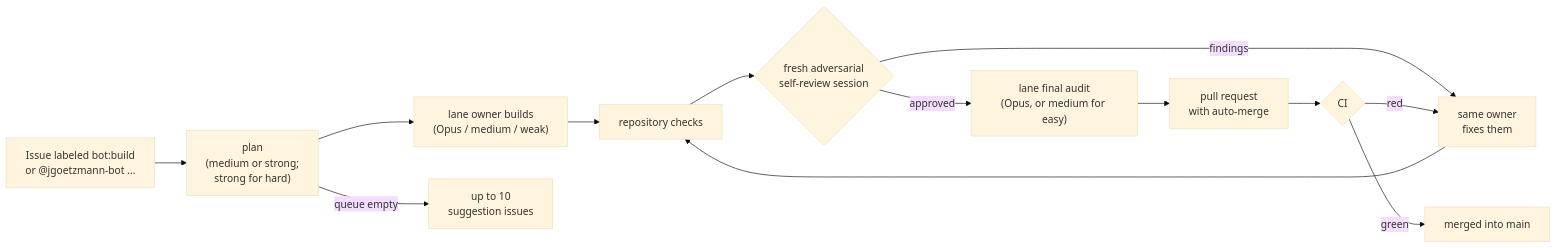
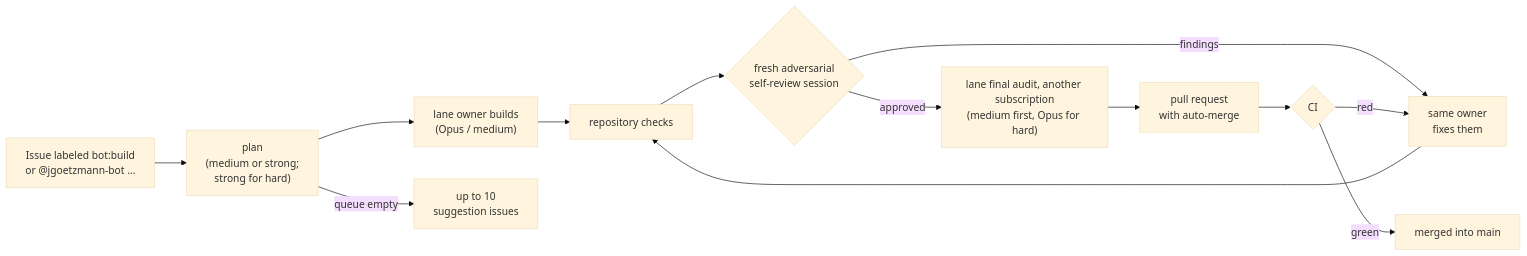
Before and after one commit to Jlore-Studios/JackiOh: the second of 2 diagrams in README.md, drawn with Mermaid (base theme). The commit also changed other lines of this file and 83 other files, not shown here.

First line of the commit message:
night bot: retire easy; a medium approval from another subscription ships a medium item; mediums plan medium items; agy on Gemini 4 Argon (#2748)

````diff
--- a/README.md
+++ b/README.md
@@ -113,14 +113,14 @@
 ```mermaid
 flowchart LR
   A["Issue labeled bot:build<br/>or @jgoetzmann-bot ..."] --> P["plan<br/>(medium or strong;<br/>strong for hard)"]
-  P --> C["lane owner builds<br/>(Opus / medium / weak)"]
+  P --> C["lane owner builds<br/>(Opus / medium)"]
   C --> D["repository checks"]
   D --> E{"fresh adversarial<br/>self-review session"}
   E -- "findings" --> F["same owner<br/>fixes them"] --> D
-  E -- "approved" --> FA["lane final audit<br/>(Opus, or medium for easy)"]
+  E -- "approved" --> FA["lane final audit, another subscription<br/>(medium first, Opus for hard)"]
   FA --> G["pull request<br/>with auto-merge"]
   G --> H{"CI"}
   H -- "green" --> I["merged into main"]
   H -- "red" --> F
   P -- "queue empty" --> J["up to 10<br/>suggestion issues"]
 ```
````
